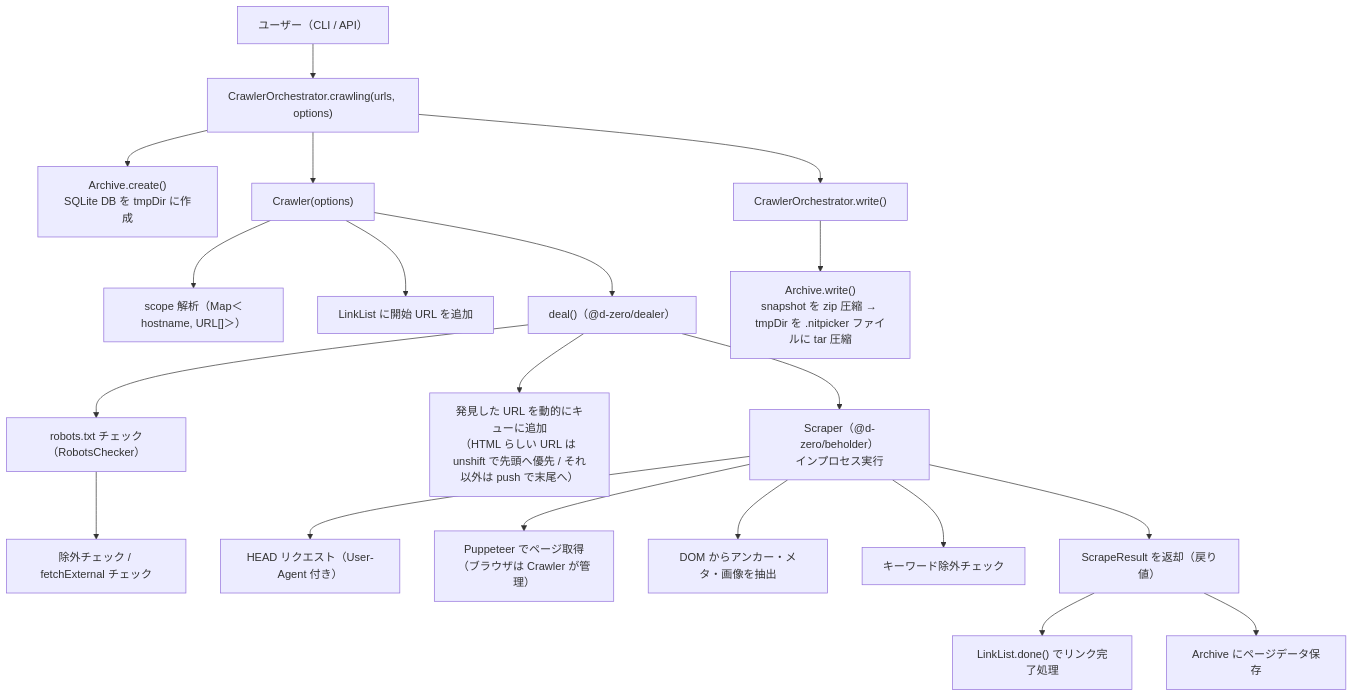
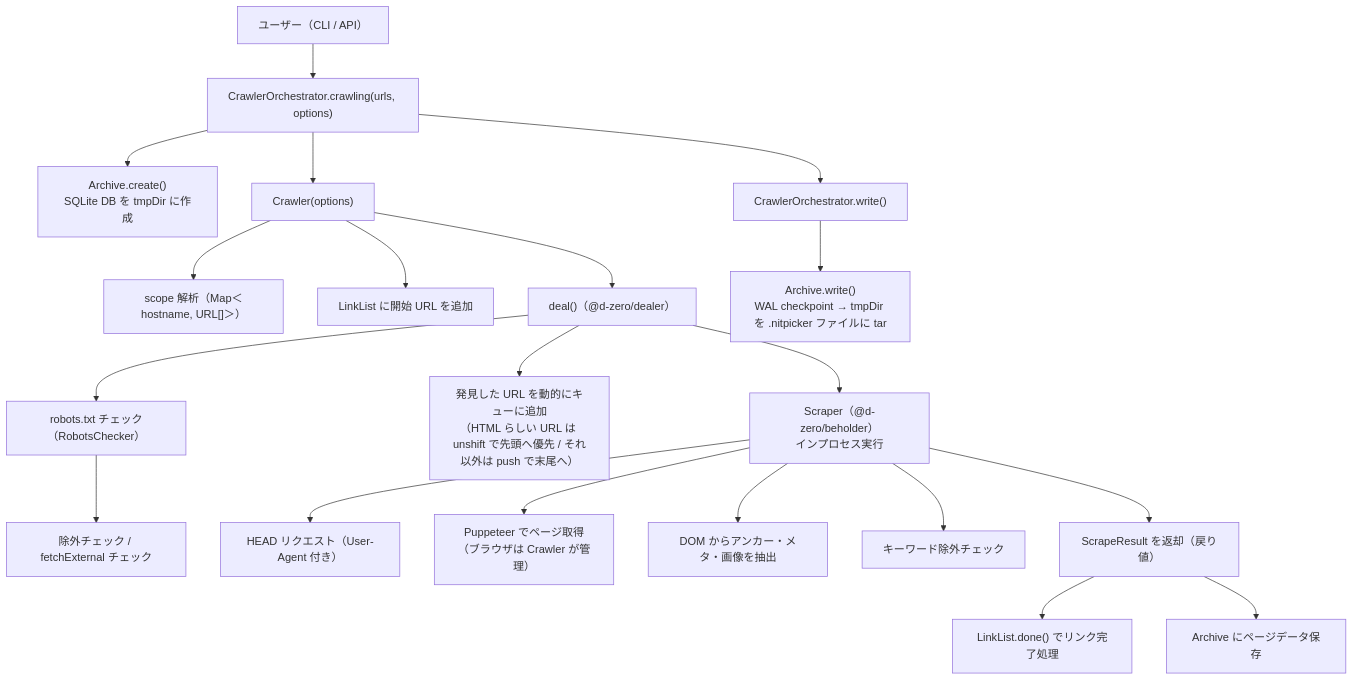
The first of 4 diagrams in ARCHITECTURE.md (d-zero-dev/nitpicker), drawn with Mermaid before and after one commit. The commit also changed other lines of this file and 2 other files, not shown here.

````diff
--- a/ARCHITECTURE.md
+++ b/ARCHITECTURE.md
@@ -49,28 +49,28 @@
 ```mermaid
 flowchart TD
     User["ユーザー（CLI / API）"] --> Crawling["CrawlerOrchestrator.crawling(urls, options)"]
 
     Crawling --> Archive["Archive.create()<br/>SQLite DB を tmpDir に作成"]
     Crawling --> Crawler["Crawler(options)"]
 
     Crawler --> Scope["scope 解析（Map＜hostname, URL[]＞）"]
     Crawler --> LinkList["LinkList に開始 URL を追加"]
     Crawler --> Deal["deal()（@d-zero/dealer）"]
 
     Deal --> RobotsCheck["robots.txt チェック（RobotsChecker）"]
     RobotsCheck --> Checks["除外チェック / fetchExternal チェック"]
     Deal --> Push["発見した URL を動的にキューに追加<br/>（HTML らしい URL は unshift で先頭へ優先 / それ以外は push で末尾へ）"]
 
     Deal --> Beholder["Scraper（@d-zero/beholder）<br/>インプロセス実行"]
     Beholder --> Head["HEAD リクエスト（User-Agent 付き）"]
     Beholder --> Puppeteer["Puppeteer でページ取得<br/>（ブラウザは Crawler が管理）"]
     Beholder --> DOM["DOM からアンカー・メタ・画像を抽出"]
     Beholder --> Keyword["キーワード除外チェック"]
 
     Beholder --> Result["ScrapeResult を返却（戻り値）"]
     Result --> Done["LinkList.done() でリンク完了処理"]
     Result --> Save["Archive にページデータ保存"]
 
     Crawling --> Write["CrawlerOrchestrator.write()"]
-    Write --> ArchiveWrite["Archive.write()<br/>snapshot を zip 圧縮 → tmpDir を .nitpicker ファイルに tar 圧縮"]
+    Write --> ArchiveWrite["Archive.write()<br/>WAL checkpoint → tmpDir を .nitpicker ファイルに tar"]
 ```
````
